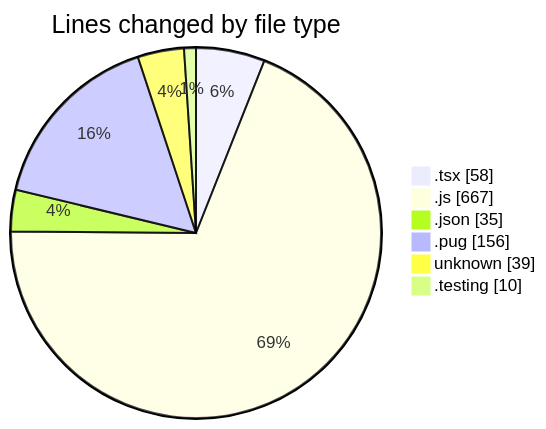
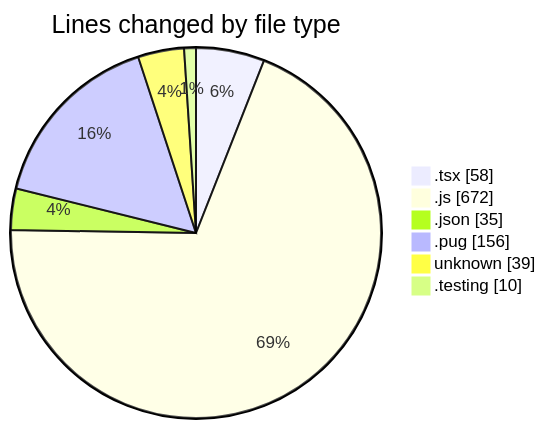
Before and after one commit to momahboobian/code-tracking: the first of 2 diagrams in 2025-03-07/cda/README.md, drawn with Mermaid. The commit also changed other lines of this file and 1 other file, not shown here.

````diff
--- a/2025-03-07/cda/README.md
+++ b/2025-03-07/cda/README.md
@@ -27,10 +27,10 @@
 ```mermaid
 pie showData
 title Lines changed by file type
 ".tsx" : 58
-".js" : 667
+".js" : 672
 ".json" : 35
 ".pug" : 156
 "unknown" : 39
 ".testing" : 10
 ```
````
